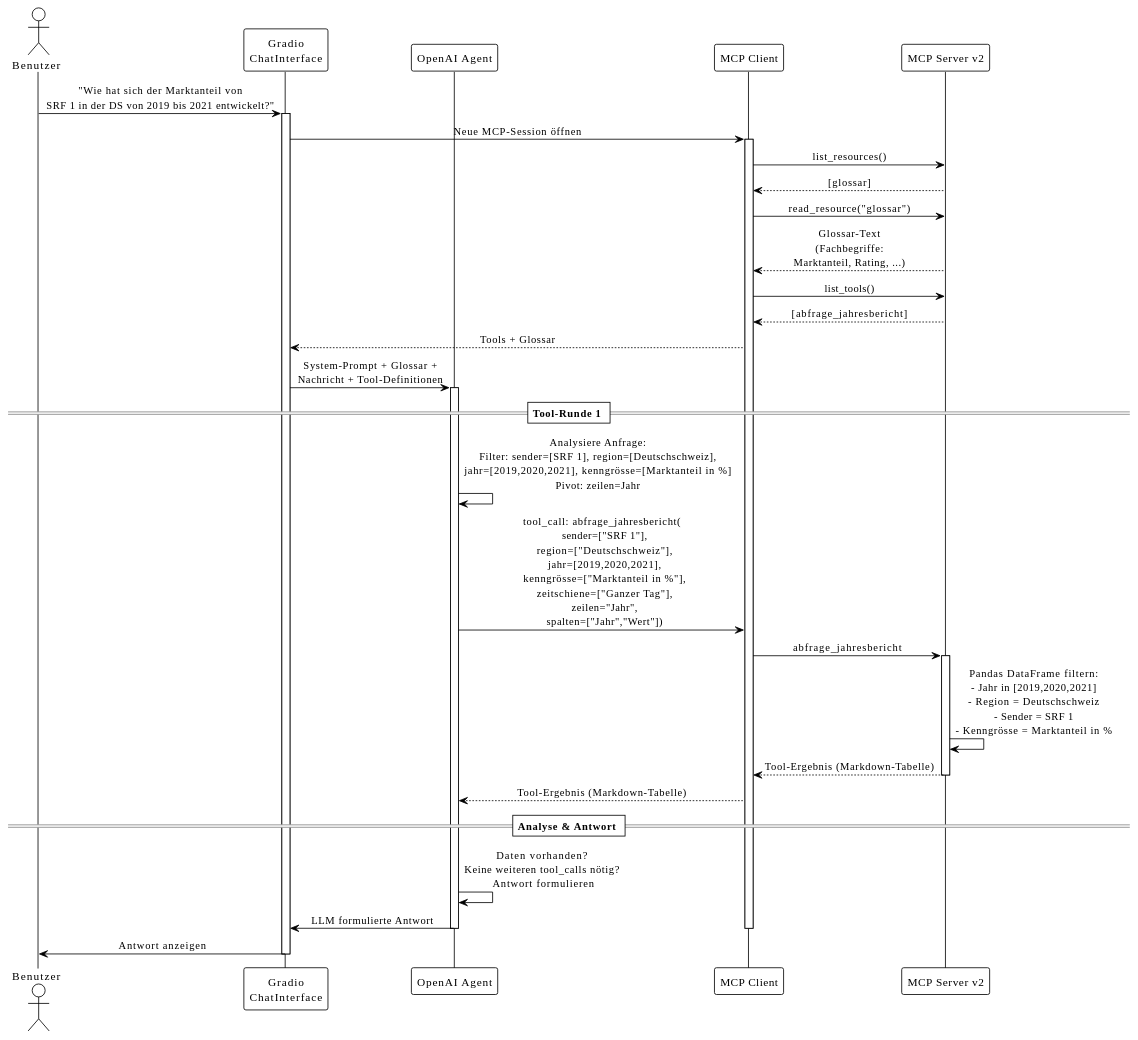
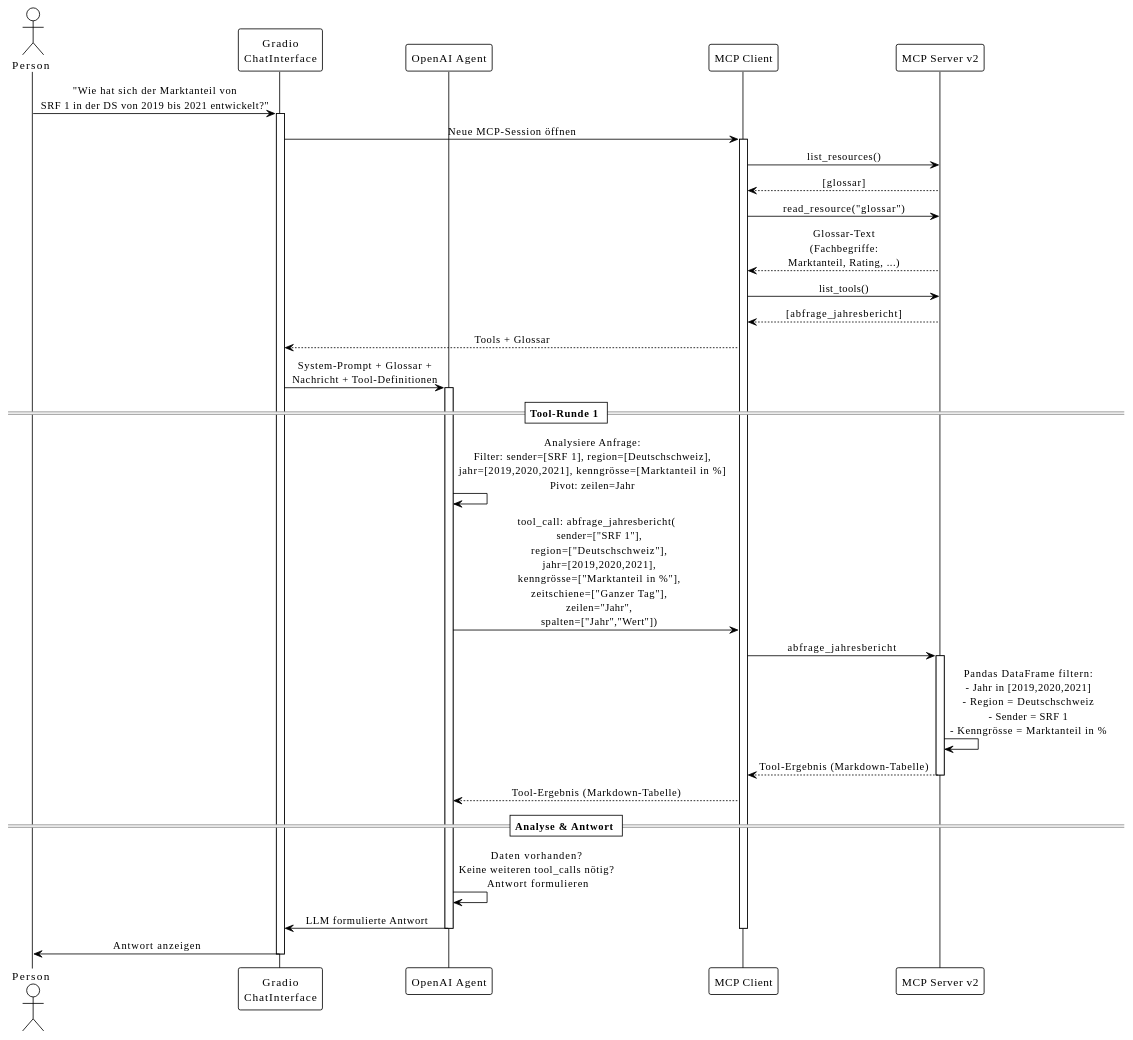
One commit to CeVauDe/cas-msed-transferarbeit changed the second of 2 diagrams in thesis/text/30_PoC/34_Systemarchitektur.adoc. Above: the diagram before and after it, drawn with PlantUML. The commit also changed 4 other files, not shown here.

```diff
--- a/thesis/text/30_PoC/34_Systemarchitektur.adoc
+++ b/thesis/text/30_PoC/34_Systemarchitektur.adoc
@@ -60,63 +60,63 @@
 [plantuml, agent-loop, svg]
 ....
 @startuml
 !theme plain
 skinparam sequenceMessageAlign center
 skinparam responseMessageBelowArrow true
 
-actor Benutzer
+actor Person
 participant "Gradio\nChatInterface" as Gradio
 participant "OpenAI Agent" as LLM
 participant "MCP Client" as MCPClient
 participant "MCP Server v2" as MCPServer
 
-Benutzer -> Gradio: "Wie hat sich der Marktanteil von\nSRF 1 in der DS von 2019 bis 2021 entwickelt?"
+Person -> Gradio: "Wie hat sich der Marktanteil von\nSRF 1 in der DS von 2019 bis 2021 entwickelt?"
 activate Gradio
 
 Gradio -> MCPClient: Neue MCP-Session öffnen
 activate MCPClient
 
 MCPClient -> MCPServer: list_resources()
 MCPServer --> MCPClient: [glossar]
 
 MCPClient -> MCPServer: read_resource("glossar")
 MCPServer --> MCPClient: Glossar-Text\n(Fachbegriffe:\nMarktanteil, Rating, ...)
 
 MCPClient -> MCPServer: list_tools()
 MCPServer --> MCPClient: [abfrage_jahresbericht]
 
 MCPClient --> Gradio: Tools + Glossar
 
 Gradio -> LLM: System-Prompt + Glossar +\nNachricht + Tool-Definitionen
 activate LLM
 
 == Tool-Runde 1 ==
 
 LLM -> LLM: Analysiere Anfrage:\nFilter: sender=[SRF 1], region=[Deutschschweiz],\njahr=[2019,2020,2021], kenngrösse=[Marktanteil in %]\nPivot: zeilen=Jahr
 
 LLM -> MCPClient: tool_call: abfrage_jahresbericht(\n  sender=["SRF 1"],\n  region=["Deutschschweiz"],\n  jahr=[2019,2020,2021],\n  kenngrösse=["Marktanteil in %"],\n  zeitschiene=["Ganzer Tag"],\n  zeilen="Jahr",\n  spalten=["Jahr","Wert"])
 
 MCPClient -> MCPServer: abfrage_jahresbericht
 activate MCPServer
 
 MCPServer -> MCPServer: Pandas DataFrame filtern:\n- Jahr in [2019,2020,2021]\n- Region = Deutschschweiz\n- Sender = SRF 1\n- Kenngrösse = Marktanteil in %
 
 MCPServer --> MCPClient: Tool-Ergebnis (Markdown-Tabelle)
 deactivate MCPServer
 
 MCPClient --> LLM: Tool-Ergebnis (Markdown-Tabelle)
 
 == Analyse & Antwort ==
 
 LLM -> LLM: Daten vorhanden? \nKeine weiteren tool_calls nötig? \nAntwort formulieren
 
 LLM -> Gradio: LLM formulierte Antwort
 
 deactivate LLM
 deactivate MCPClient
 
-Gradio -> Benutzer: Antwort anzeigen
+Gradio -> Person: Antwort anzeigen
 deactivate Gradio
 
 @enduml
 ....
```
